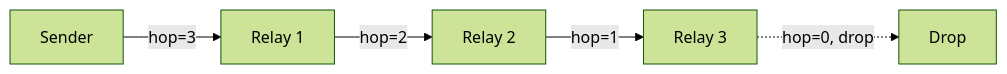
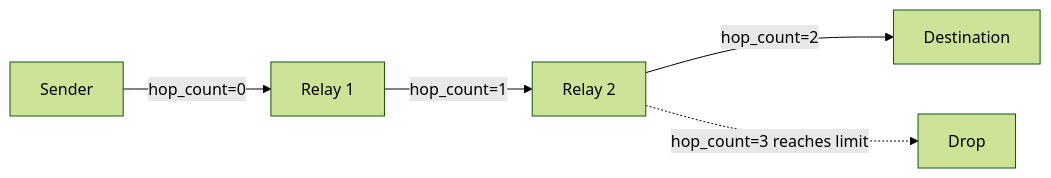
One commit to NellowTCS/Mesh-NOW changed the diagram in Docs/docs/guide/routing.md. Above: the diagram before and after it, drawn with Mermaid (forest theme). The commit also changed other lines of this file and 41 other files, not shown here.

````diff
--- a/Docs/docs/guide/routing.md
+++ b/Docs/docs/guide/routing.md
@@ -40,7 +33,7 @@
 ```mermaid
 flowchart LR
-    S[Sender] -->|hop=3| R1[Relay 1]
-    R1 -->|hop=2| R2[Relay 2]
-    R2 -->|hop=1| R3[Relay 3]
-    R3 -.->|hop=0, drop| X[Drop]
+    S[Sender] -->|hop_count=0| R1[Relay 1]
+    R1 -->|hop_count=1| R2[Relay 2]
+    R2 -->|hop_count=2| D[Destination]
+    R2 -.->|hop_count=3 reaches limit| X[Drop]
 ```
````
